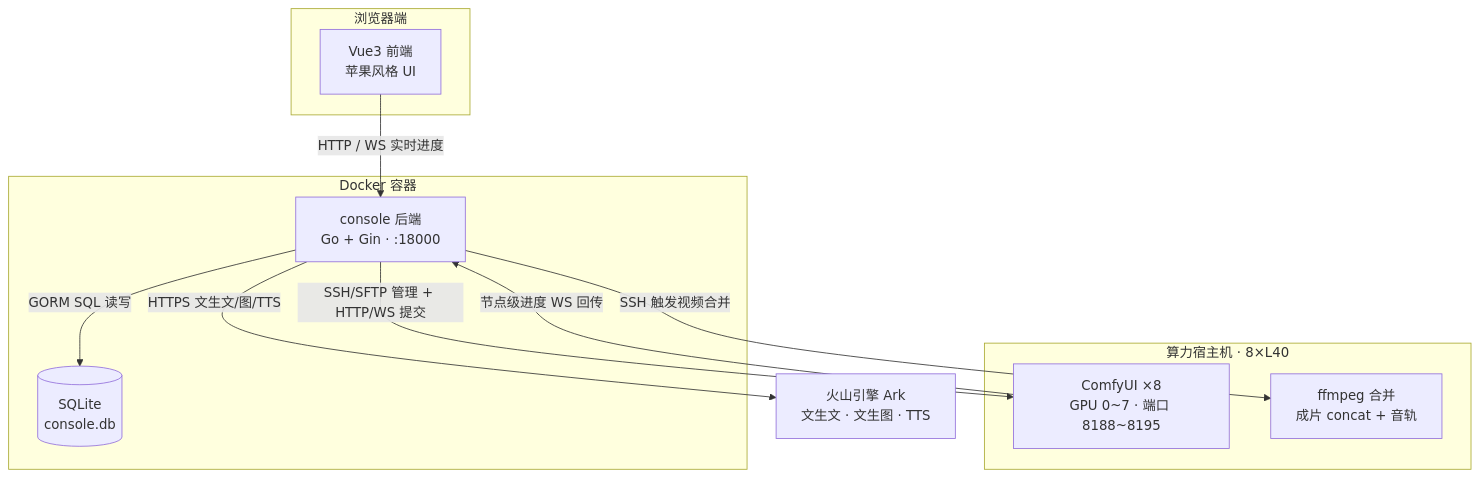
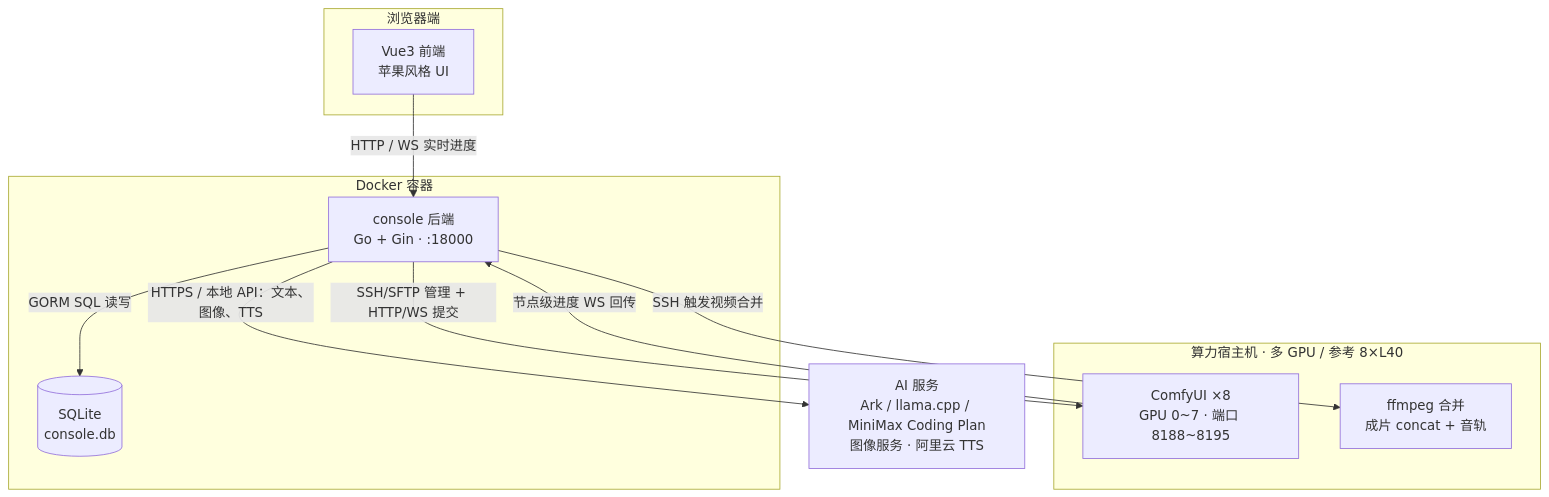
One commit to mickeylan/new-aigc-comfyui-minimax-h3 changed the first of 2 diagrams in README.md. Above: the diagram before and after it, drawn with Mermaid. The commit also changed other lines of this file, not shown here.

````diff
--- a/README.md
+++ b/README.md
@@ -74,25 +76,25 @@
 ```mermaid
 graph TB
     subgraph PUBLIC[浏览器端]
         B[Vue3 前端<br/>苹果风格 UI]
     end
 
     subgraph DC[Docker 容器]
         C[console 后端<br/>Go + Gin · :18000]
         S[(SQLite<br/>console.db)]
     end
 
-    subgraph GPUNODE[算力宿主机 · 8×L40]
+    subgraph GPUNODE[算力宿主机 · 多 GPU / 参考 8×L40]
         F[ComfyUI ×8<br/>GPU 0~7 · 端口 8188~8195]
         M[ffmpeg 合并<br/>成片 concat + 音轨]
     end
 
-    V[火山引擎 Ark<br/>文生文 · 文生图 · TTS]
+    V[AI 服务<br/>Ark / llama.cpp / MiniMax Coding Plan<br/>图像服务 · 阿里云 TTS]
 
     B -- "HTTP / WS 实时进度" --> C
     C -- "GORM SQL 读写" --> S
     C -- "SSH/SFTP 管理 + HTTP/WS 提交" --> F
     F -- "节点级进度 WS 回传" --> C
     C -- "SSH 触发视频合并" --> M
-    C -- "HTTPS 文生文/图/TTS" --> V
+    C -- "HTTPS / 本地 API：文本、图像、TTS" --> V
 ```
````
